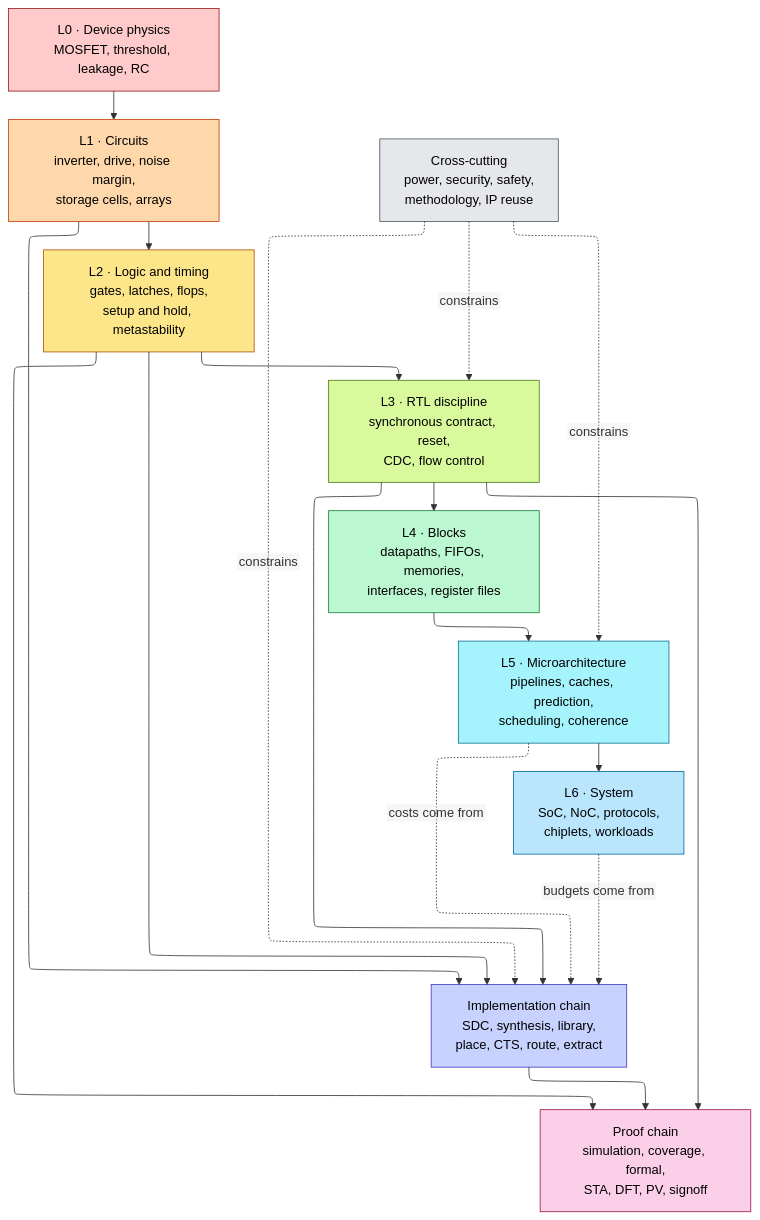
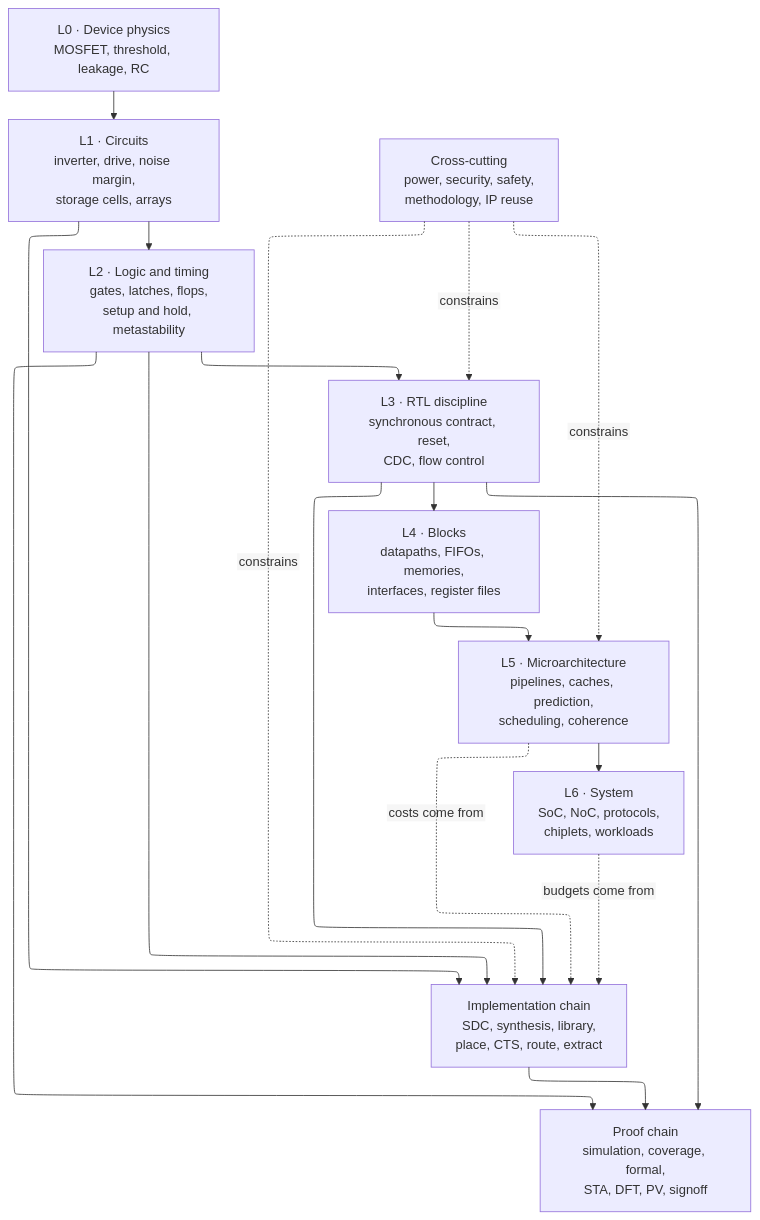
The diagram in Concept_Dependency_Map.md (Wty2003328/silicon-design-notebook), drawn with Mermaid before and after one commit. The commit also changed other lines of this file and 125 other files, not shown here.

First line of the commit message:
Complete the AMBA family, refresh the learning path, and make every figure and formula actually render

````diff
--- a/Concept_Dependency_Map.md
+++ b/Concept_Dependency_Map.md
@@ -31,36 +31,26 @@
 ```mermaid
 %%{init: {"flowchart": {"defaultRenderer": "elk", "nodeSpacing": 50, "rankSpacing": 55, "htmlLabels": false}}}%%
 flowchart TD
-    PHYS["L0 · Device physics<br/>MOSFET, threshold, leakage, RC"]:::l0
-    CIRC["L1 · Circuits<br/>inverter, drive, noise margin,<br/>storage cells, arrays"]:::l1
-    LOGIC["L2 · Logic and timing<br/>gates, latches, flops,<br/>setup and hold, metastability"]:::l2
-    RTL["L3 · RTL discipline<br/>synchronous contract, reset,<br/>CDC, flow control"]:::l3
-    BLOCK["L4 · Blocks<br/>datapaths, FIFOs, memories,<br/>interfaces, register files"]:::l4
-    UARCH["L5 · Microarchitecture<br/>pipelines, caches, prediction,<br/>scheduling, coherence"]:::l5
-    SYS["L6 · System<br/>SoC, NoC, protocols,<br/>chiplets, workloads"]:::l6
-    IMPL["Implementation chain<br/>SDC, synthesis, library,<br/>place, CTS, route, extract"]:::im
-    PROOF["Proof chain<br/>simulation, coverage, formal,<br/>STA, DFT, PV, signoff"]:::pr
-    CROSS["Cross-cutting<br/>power, security, safety,<br/>methodology, IP reuse"]:::cx
+    PHYS["L0 · Device physics<br/>MOSFET, threshold, leakage, RC"]
+    CIRC["L1 · Circuits<br/>inverter, drive, noise margin,<br/>storage cells, arrays"]
+    LOGIC["L2 · Logic and timing<br/>gates, latches, flops,<br/>setup and hold, metastability"]
+    RTL["L3 · RTL discipline<br/>synchronous contract, reset,<br/>CDC, flow control"]
+    BLOCK["L4 · Blocks<br/>datapaths, FIFOs, memories,<br/>interfaces, register files"]
+    UARCH["L5 · Microarchitecture<br/>pipelines, caches, prediction,<br/>scheduling, coherence"]
+    SYS["L6 · System<br/>SoC, NoC, protocols,<br/>chiplets, workloads"]
+    IMPL["Implementation chain<br/>SDC, synthesis, library,<br/>place, CTS, route, extract"]
+    PROOF["Proof chain<br/>simulation, coverage, formal,<br/>STA, DFT, PV, signoff"]
+    CROSS["Cross-cutting<br/>power, security, safety,<br/>methodology, IP reuse"]
     PHYS --> CIRC --> LOGIC --> RTL --> BLOCK --> UARCH --> SYS
     LOGIC --> IMPL
     CIRC --> IMPL
     RTL --> IMPL
     RTL --> PROOF
     LOGIC --> PROOF
     IMPL --> PROOF
     UARCH -.->|"costs come from"| IMPL
     SYS -.->|"budgets come from"| IMPL
     CROSS -.->|"constrains"| RTL
     CROSS -.->|"constrains"| IMPL
     CROSS -.->|"constrains"| UARCH
-    classDef l0 fill:#fecaca,stroke:#991b1b,color:#000
-    classDef l1 fill:#fed7aa,stroke:#c2410c,color:#000
-    classDef l2 fill:#fde68a,stroke:#b45309,color:#000
-    classDef l3 fill:#d9f99d,stroke:#4d7c0f,color:#000
-    classDef l4 fill:#bbf7d0,stroke:#15803d,color:#000
-    classDef l5 fill:#a5f3fc,stroke:#0e7490,color:#000
-    classDef l6 fill:#bae6fd,stroke:#0369a1,color:#000
-    classDef im fill:#c7d2fe,stroke:#4338ca,color:#000
-    classDef pr fill:#fbcfe8,stroke:#9d174d,color:#000
-    classDef cx fill:#e5e7eb,stroke:#4b5563,color:#000
 ```
````
